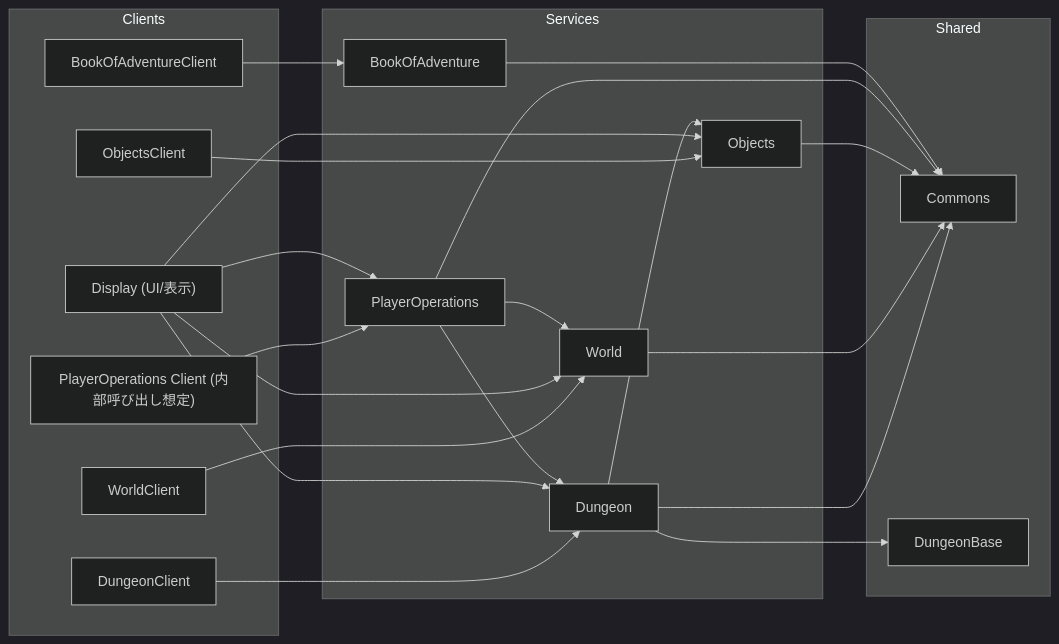
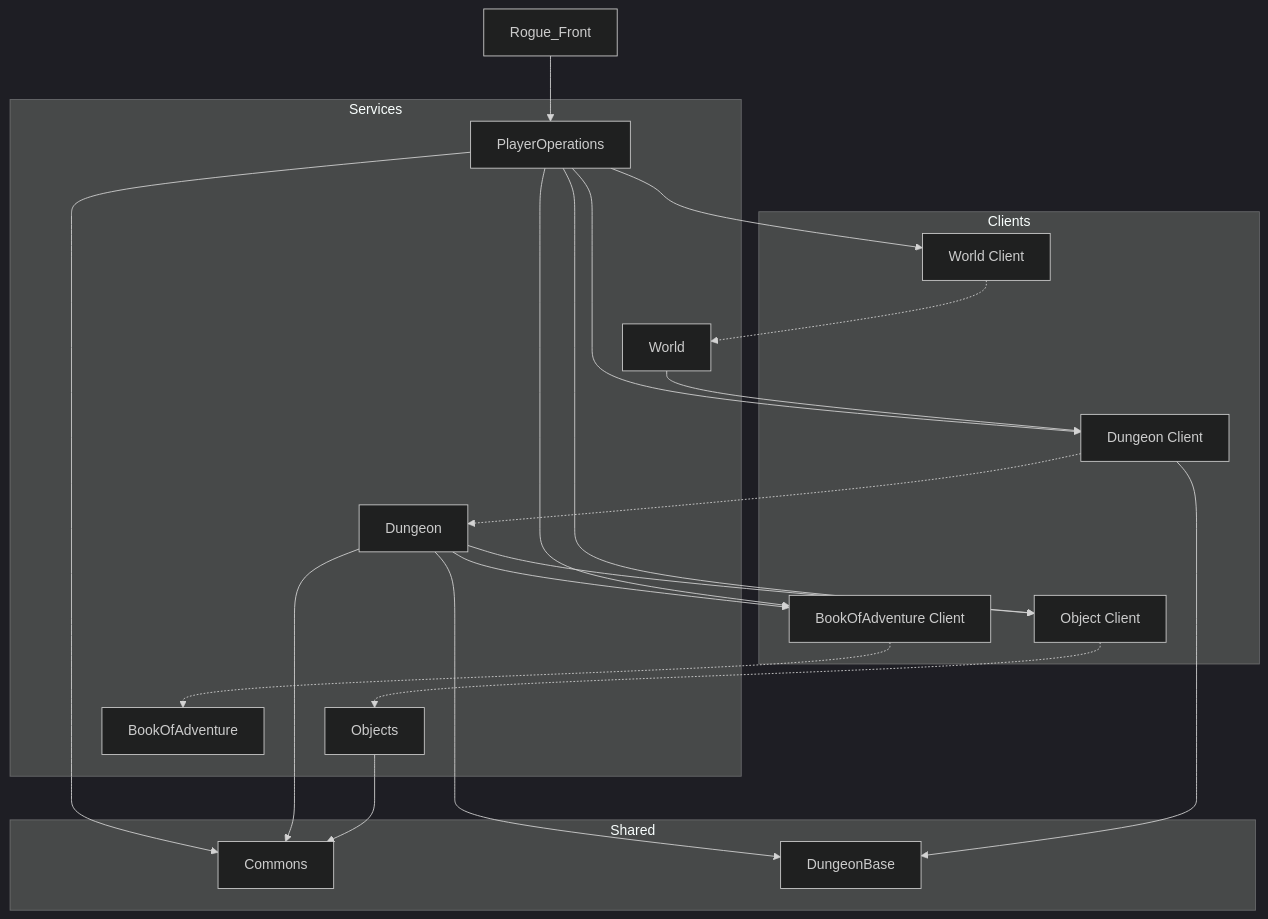
One commit to yamanakahirofumi/rogueb changed the first of 3 diagrams in docs/components.md. Above: the diagram before and after it, drawn with Mermaid (dark theme). The commit also changed other lines of this file, not shown here.

Commit message:
docs: Refine component documentation with detailed roles, responsibilities, and updated diagrams

````diff
--- a/docs/components.md
+++ b/docs/components.md
@@ -29,50 +65,58 @@
 ```mermaid
-graph LR
-  subgraph Clients
-    DnClient[DungeonClient]
-    WClient[WorldClient]
-    OClient[ObjectsClient]
-    PClient["PlayerOperations Client (内部呼び出し想定)"]
-    BAClient[BookOfAdventureClient]
-    DispUI["Display (UI/表示)"]
-  end
+graph TD
+    subgraph Services
+        Dungeon
+        World
+        Objects
+        BFF["PlayerOperations"]
+        BookOfAdventure
+    end
 
-  subgraph Services
-    Dungeon[Dungeon]
-    World[World]
-    Objects[Objects]
-    PlayerOps[PlayerOperations]
-    BookAdv[BookOfAdventure]
-  end
+    subgraph Clients
+        DungeonClient["Dungeon Client"]
+        WorldClient["World Client"]
+        ObjectsClient["Object Client"]
+        BookOfAdventureClient["BookOfAdventure Client"]
+    end
 
-  subgraph Shared
-    Commons[Commons]
-    DnBase[DungeonBase]
-  end
+    subgraph Shared
+        Commons
+        DungeonBase
+    end
+    
+    Rogue_Front --> BFF
 
-  %% クライアント -> サービス
-  DnClient --> Dungeon
-  WClient  --> World
-  OClient  --> Objects
-  BAClient --> BookAdv
-  PClient  --> PlayerOps
+%% 冒険の書周り
+%% なし
 
-  %% UI/表示は複数サービスからデータを集約
-  DispUI --> Dungeon
-  DispUI --> World
-  DispUI --> PlayerOps
-  DispUI --> Objects
+%% ダンジョン周り
+    Dungeon --> BookOfAdventureClient
+    Dungeon --> ObjectsClient
 
-  %% サービス間の連携（例）
-  PlayerOps --> Dungeon
-  PlayerOps --> World
-  Dungeon --> Objects
+%% Objects
+%% なし
 
-  %% 共有ライブラリ依存
-  Dungeon --> DnBase
-  Dungeon --> Commons
-  World --> Commons
-  Objects --> Commons
-  PlayerOps --> Commons
-  BookAdv --> Commons
+%% BFF PlayerOperations
+    BFF --> ObjectsClient
+    BFF --> BookOfAdventureClient
+    BFF --> DungeonClient
+    BFF --> WorldClient
+
+%% World
+    World --> DungeonClient
+
+%% クライアント -> サービス
+    DungeonClient -.-> Dungeon
+    ObjectsClient -.-> Objects
+    BookOfAdventureClient -.-> BookOfAdventure
+    WorldClient -.-> World
+
+%% 共有ライブラリ依存
+    BFF --> Commons
+    Dungeon --> DungeonBase
+    Dungeon --> Commons
+    DungeonClient --> DungeonBase
+    Objects --> Commons
+    
+
 ```
````
